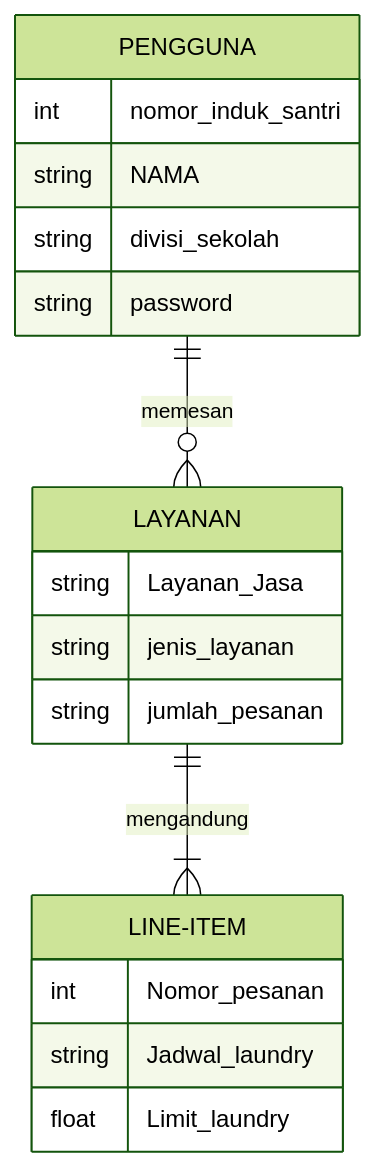
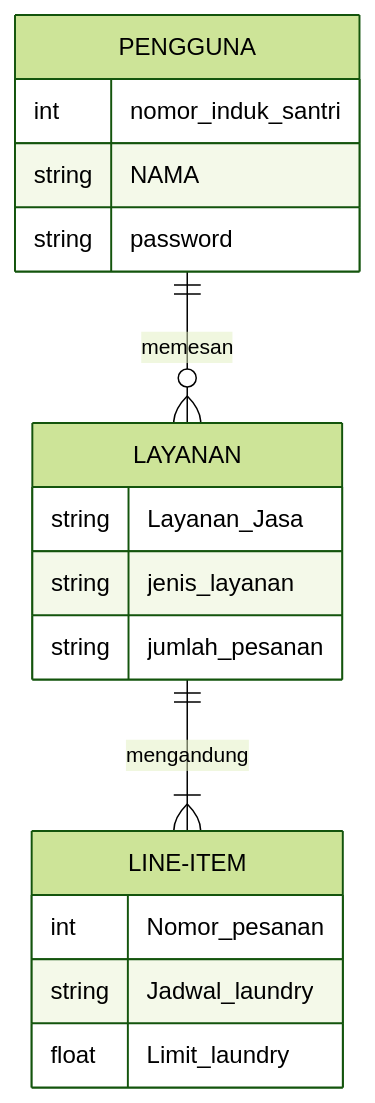
Before and after one commit to Adam2505-c/MuhammadAdamS: the first of 2 diagrams in Job-interview.md, drawn with Mermaid (forest theme). The commit also changed other lines of this file, not shown here.

````diff
--- a/Job-interview.md
+++ b/Job-interview.md
@@ -44,21 +44,20 @@
 ```mermaid
 erDiagram
     PENGGUNA ||--o{ LAYANAN  : memesan
     PENGGUNA {
         int nomor_induk_santri
         string NAMA
-        string divisi_sekolah
         string password
     }
     LAYANAN ||--|{ LINE-ITEM : mengandung
     LAYANAN {
         string Layanan_Jasa
         string jenis_layanan
         string jumlah_pesanan
     }
     LINE-ITEM {
         int Nomor_pesanan
         string Jadwal_laundry
         float Limit_laundry
     }
 ```
````
